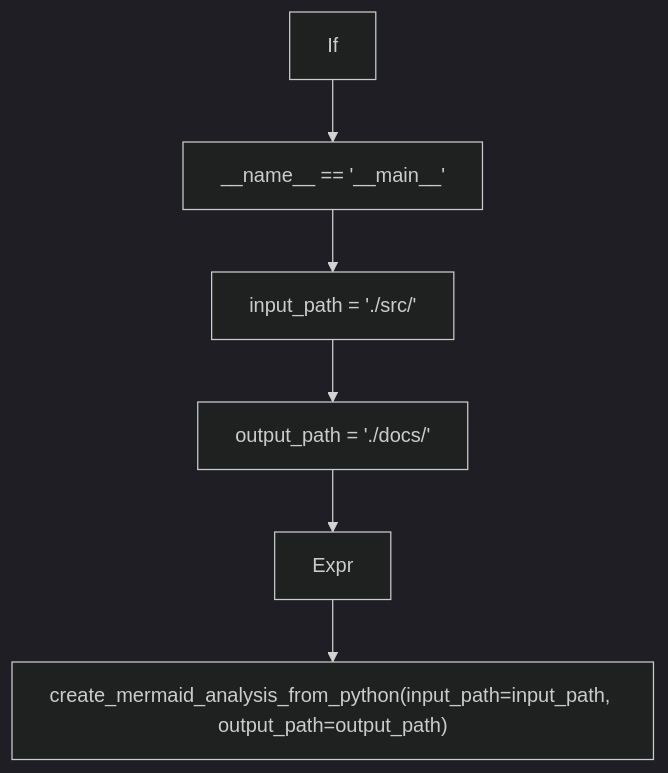
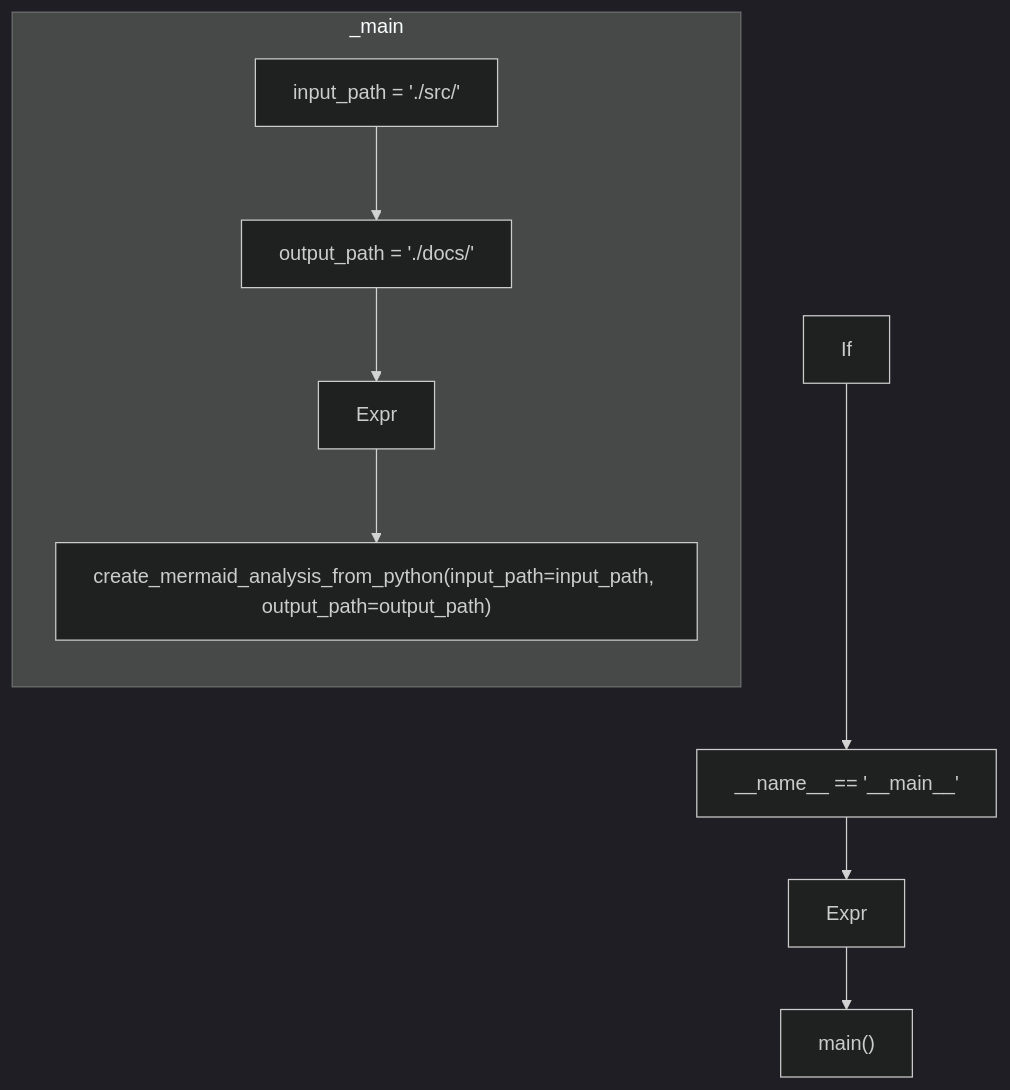
One commit to MichaelReel/pyremaid changed the diagram in docs/main.py.md. Above: the diagram before and after it, drawn with Mermaid (dark theme). The commit also changed other lines of this file and 11 other files, not shown here.

````diff
--- a/docs/main.py.md
+++ b/docs/main.py.md
@@ -8,16 +8,22 @@
 ```mermaid
 flowchart TB
-  _n0["If"]
-  _n1["__name__ == '__main__'"]
-  _n2["input_path = './src/'"]
-  _n3["output_path = './docs/'"]
-  _n4["Expr"]
-  _n5["create_mermaid_analysis_from_python(input_path=input_path, output_path=output_path)"]
+  _f0_n0["input_path = './src/'"]
+  _f0_n1["output_path = './docs/'"]
+  _f0_n2["Expr"]
+  _f0_n3["create_mermaid_analysis_from_python(input_path=input_path, output_path=output_path)"]
+  _n4["If"]
+  _n5["__name__ == '__main__'"]
+  _n6["Expr"]
+  _n7["main()"]
 
-  _n0 --> _n1
-  _n1 --> _n2
-  _n2 --> _n3
-  _n3 --> _n4
+  subgraph _main
+    direction TB
+    _f0_n0 --> _f0_n1
+    _f0_n1 --> _f0_n2
+    _f0_n2 --> _f0_n3
+  end
   _n4 --> _n5
+  _n5 --> _n6
+  _n6 --> _n7
 
 ```
````
